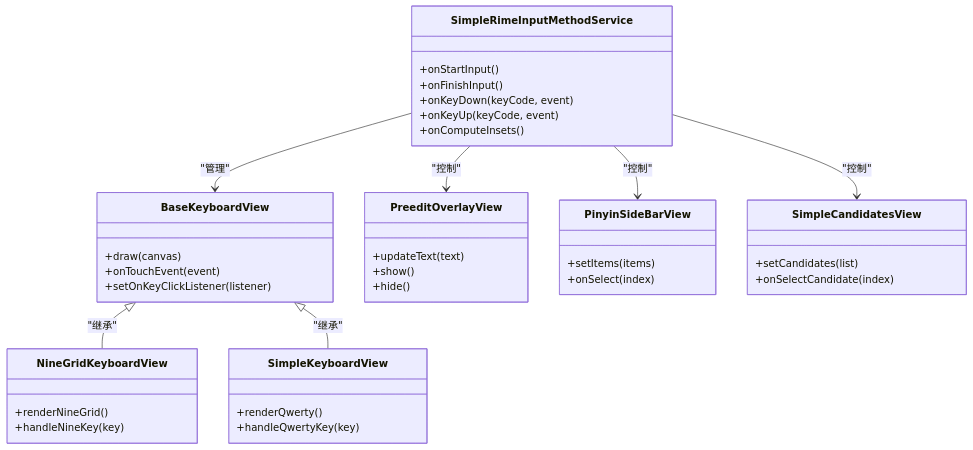
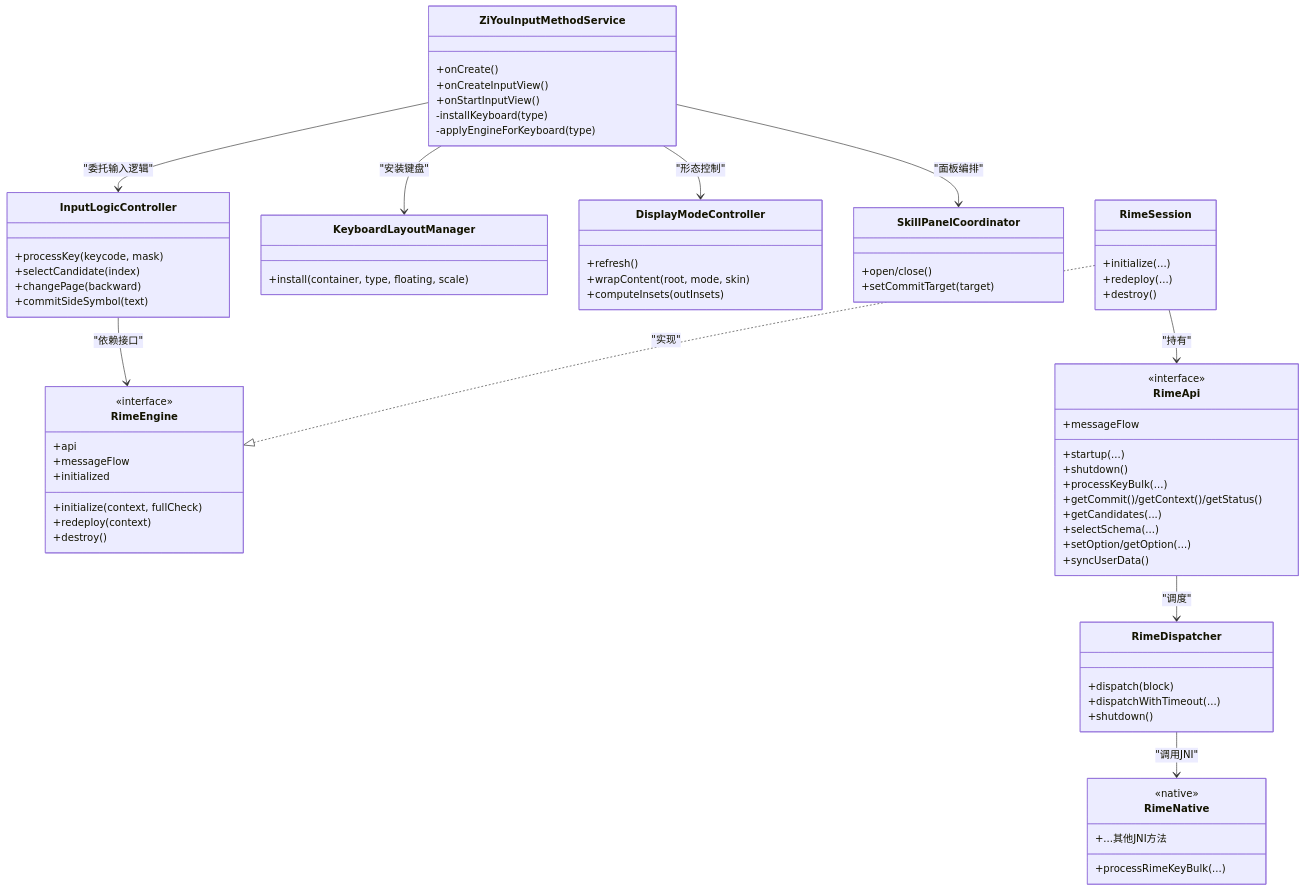
One commit to qiaodashaoye/ziyou-ime changed the third of 9 diagrams in .qoder/repowiki/zh/content/架构设计/整体架构概览.md. Above: the diagram before and after it, drawn with Mermaid. The commit also changed other lines of this file and 407 other files, not shown here.

````diff
--- a/.qoder/repowiki/zh/content/架构设计/整体架构概览.md
+++ b/.qoder/repowiki/zh/content/架构设计/整体架构概览.md
@@ -211,42 +136,73 @@
 ```mermaid
 classDiagram
-class SimpleRimeInputMethodService {
-+onStartInput()
-+onFinishInput()
-+onKeyDown(keyCode, event)
-+onKeyUp(keyCode, event)
-+onComputeInsets()
+class ZiYouInputMethodService {
++onCreate()
++onCreateInputView()
++onStartInputView()
+-installKeyboard(type)
+-applyEngineForKeyboard(type)
 }
-class BaseKeyboardView {
-+draw(canvas)
-+onTouchEvent(event)
-+setOnKeyClickListener(listener)
+class InputLogicController {
++processKey(keycode, mask)
++selectCandidate(index)
++changePage(backward)
++commitSideSymbol(text)
 }
-class NineGridKeyboardView {
-+renderNineGrid()
-+handleNineKey(key)
+class KeyboardLayoutManager {
++install(container, type, floating, scale)
 }
-class SimpleKeyboardView {
-+renderQwerty()
-+handleQwertyKey(key)
+class DisplayModeController {
++refresh()
++wrapContent(root, mode, skin)
++computeInsets(outInsets)
 }
-class PreeditOverlayView {
-+updateText(text)
-+show()
-+hide()
+class SkillPanelCoordinator {
++open/close()
++setCommitTarget(target)
 }
-class PinyinSideBarView {
-+setItems(items)
-+onSelect(index)
+class RimeEngine {
+<<interface>>
++initialize(context, fullCheck)
++redeploy(context)
++destroy()
++api
++messageFlow
++initialized
 }
-class SimpleCandidatesView {
-+setCandidates(list)
-+onSelectCandidate(index)
+class RimeSession {
++initialize(...)
++redeploy(...)
++destroy()
 }
-SimpleRimeInputMethodService --> BaseKeyboardView : "管理"
-BaseKeyboardView <|-- NineGridKeyboardView : "继承"
-BaseKeyboardView <|-- SimpleKeyboardView : "继承"
-SimpleRimeInputMethodService --> PreeditOverlayView : "控制"
-SimpleRimeInputMethodService --> PinyinSideBarView : "控制"
-SimpleRimeInputMethodService --> SimpleCandidatesView : "控制"
+class RimeApi {
+<<interface>>
++startup(...)
++shutdown()
++processKeyBulk(...)
++getCommit()/getContext()/getStatus()
++getCandidates(...)
++selectSchema(...)
++setOption/getOption(...)
++syncUserData()
++messageFlow
+}
+class RimeDispatcher {
++dispatch(block)
++dispatchWithTimeout(...)
++shutdown()
+}
+class RimeNative {
+<<native>>
++processRimeKeyBulk(...)
++...其他JNI方法
+}
+ZiYouInputMethodService --> InputLogicController : "委托输入逻辑"
+ZiYouInputMethodService --> KeyboardLayoutManager : "安装键盘"
+ZiYouInputMethodService --> DisplayModeController : "形态控制"
+ZiYouInputMethodService --> SkillPanelCoordinator : "面板编排"
+InputLogicController --> RimeEngine : "依赖接口"
+RimeSession ..|> RimeEngine : "实现"
+RimeSession --> RimeApi : "持有"
+RimeApi --> RimeDispatcher : "调度"
+RimeDispatcher --> RimeNative : "调用JNI"
 ```
````
